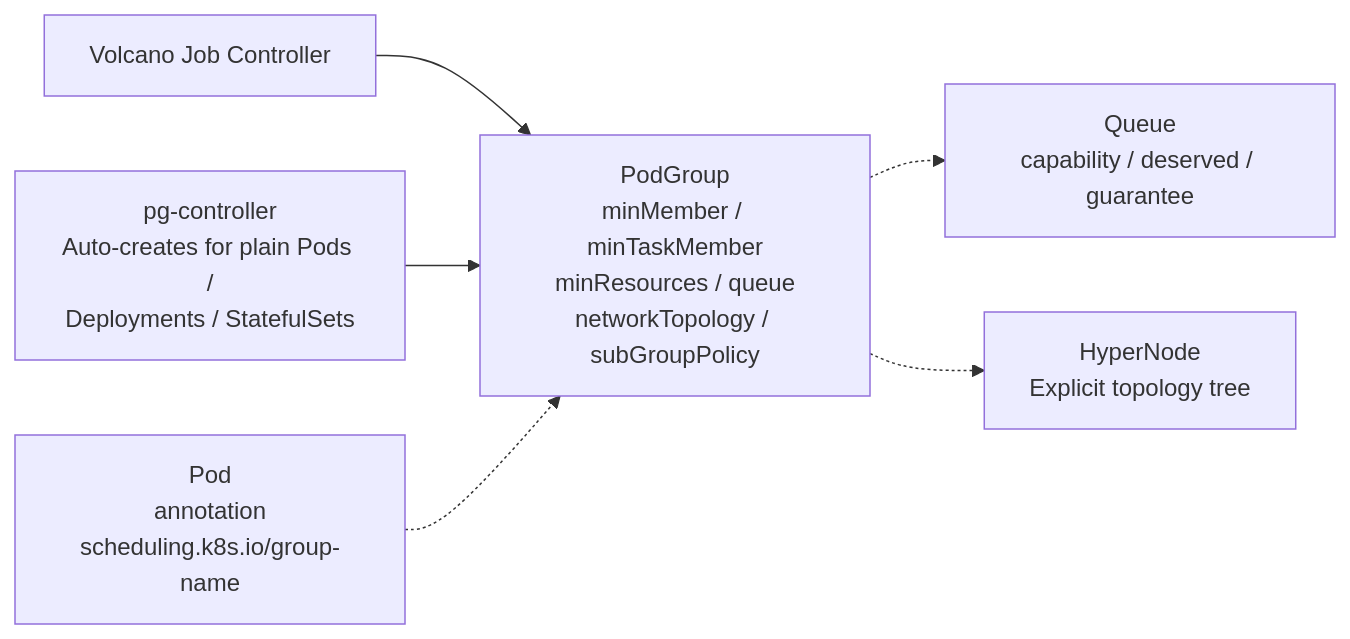
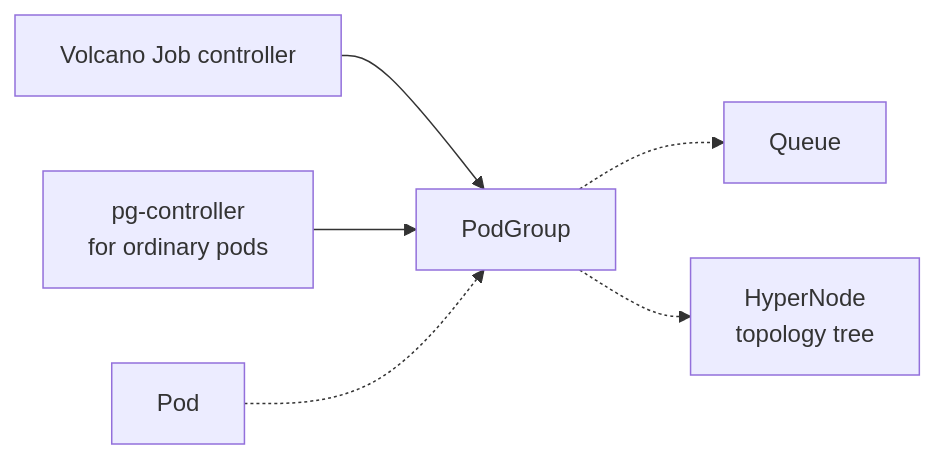
One commit to JesseStutler/volcano changed the third of 13 diagrams in docs/research/k8s-workload-aware-scheduling-vs-volcano.md. Above: the diagram before and after it, drawn with Mermaid. The commit also changed other lines of this file and 1 other file, not shown here.

First line of the commit message:
docs: rewrite the upstream PodGroup comparison for readability

````diff
--- a/docs/research/k8s-workload-aware-scheduling-vs-volcano.md
+++ b/docs/research/k8s-workload-aware-scheduling-vs-volcano.md
@@ -207,15 +230,15 @@
 ```mermaid
 flowchart LR
-    VJ["Volcano Job Controller"]
-    PGC["pg-controller<br/>Auto-creates for plain Pods /<br/>Deployments / StatefulSets"]
-    VPod["Pod<br/>annotation<br/>scheduling.k8s.io/group-name"]
-    VPG["PodGroup<br/>minMember / minTaskMember<br/>minResources / queue<br/>networkTopology / subGroupPolicy"]
-    Qu["Queue<br/>capability / deserved / guarantee"]
-    HN["HyperNode<br/>Explicit topology tree"]
+    VJ["Volcano Job controller"]
+    PGC["pg-controller<br/>for ordinary pods"]
+    VPod["Pod"]
+    VPG["PodGroup"]
+    Qu["Queue"]
+    HN["HyperNode<br/>topology tree"]
 
     VJ --> VPG
     PGC --> VPG
     VPod -.-> VPG
     VPG -.-> Qu
     VPG -.-> HN
 ```
````
